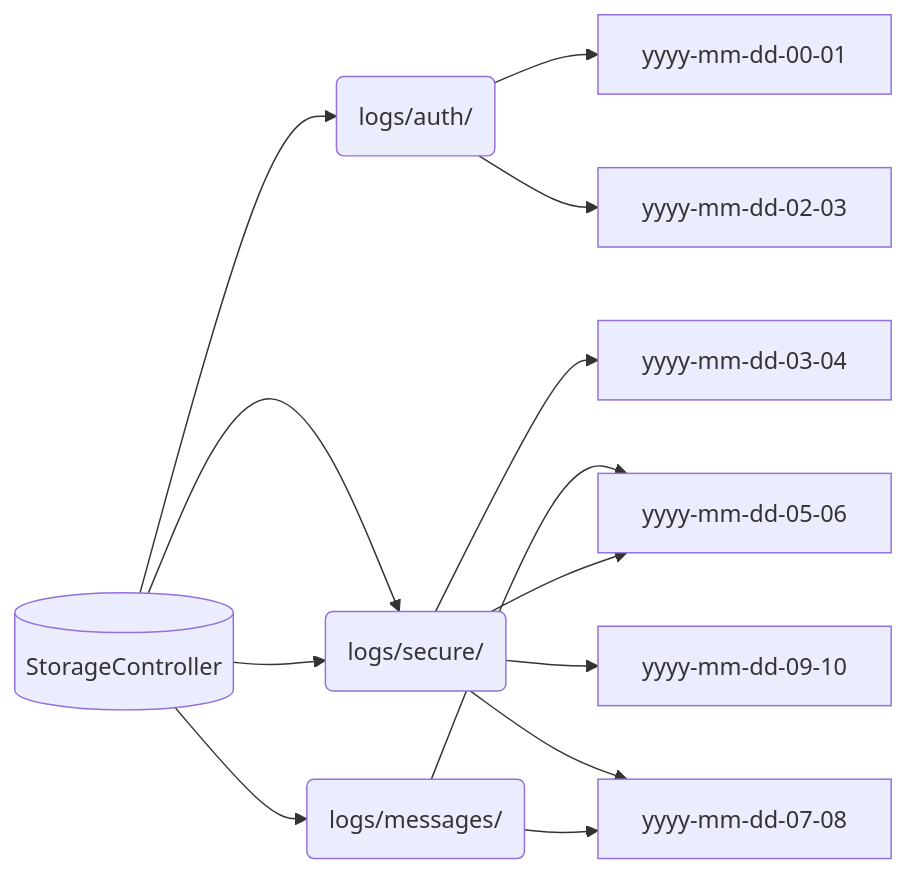
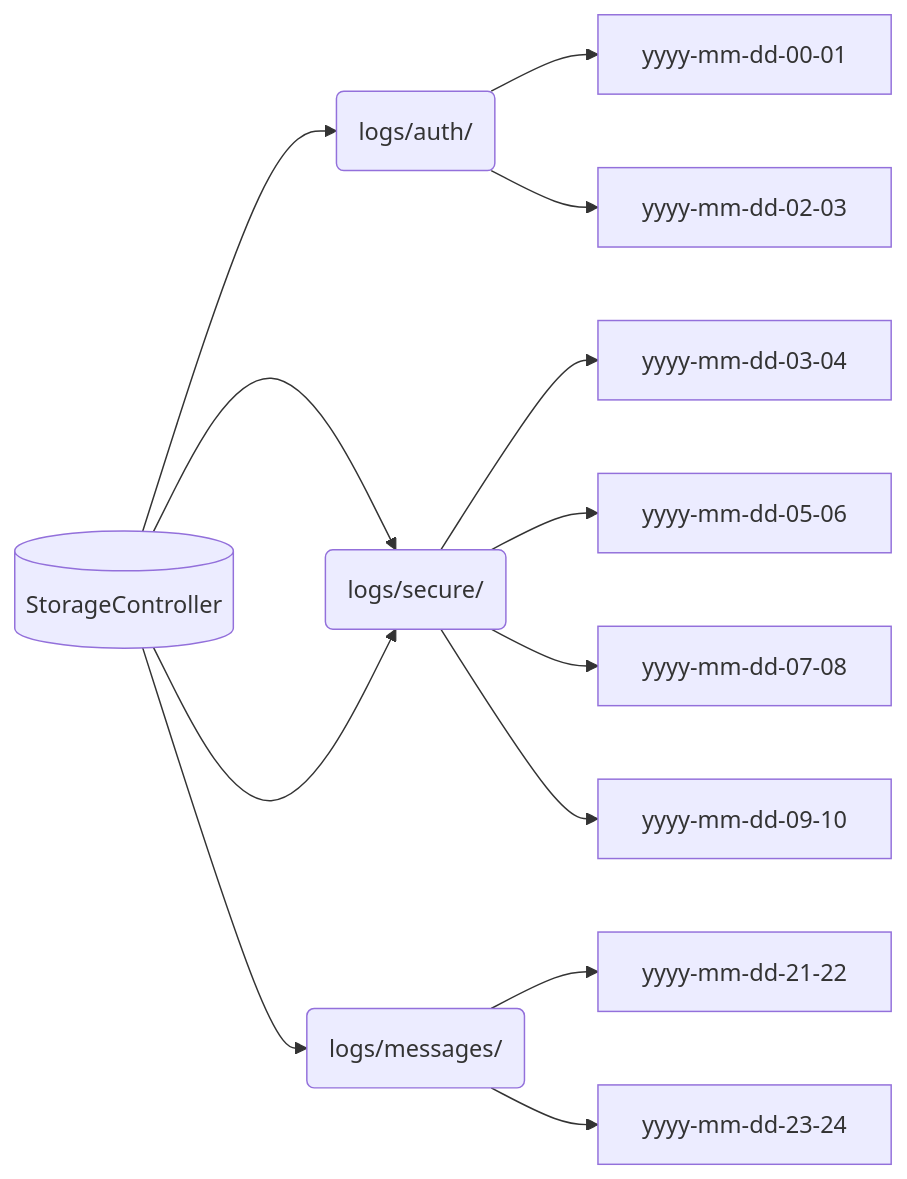
Before and after one commit to endepointe/watchlog: the second of 2 diagrams in docs/README.md, drawn with Mermaid.

````diff
--- a/docs/README.md
+++ b/docs/README.md
@@ -129,15 +129,15 @@
 ```mermaid
 graph LR
 S[(StorageController)] --> la(logs/auth/)
 S --> ls(logs/syslog/)
 S --> lm(logs/messages/)
 S --> ls(logs/secure/)
 la --> yyyy-mm-dd-00-01
 la --> yyyy-mm-dd-02-03
 ls --> yyyy-mm-dd-03-04
 ls --> yyyy-mm-dd-05-06
-lm --> yyyy-mm-dd-05-06
-lm --> yyyy-mm-dd-07-08
+lm --> yyyy-mm-dd-21-22
+lm --> yyyy-mm-dd-23-24
 ls --> yyyy-mm-dd-07-08
 ls --> yyyy-mm-dd-09-10
 ```
````
